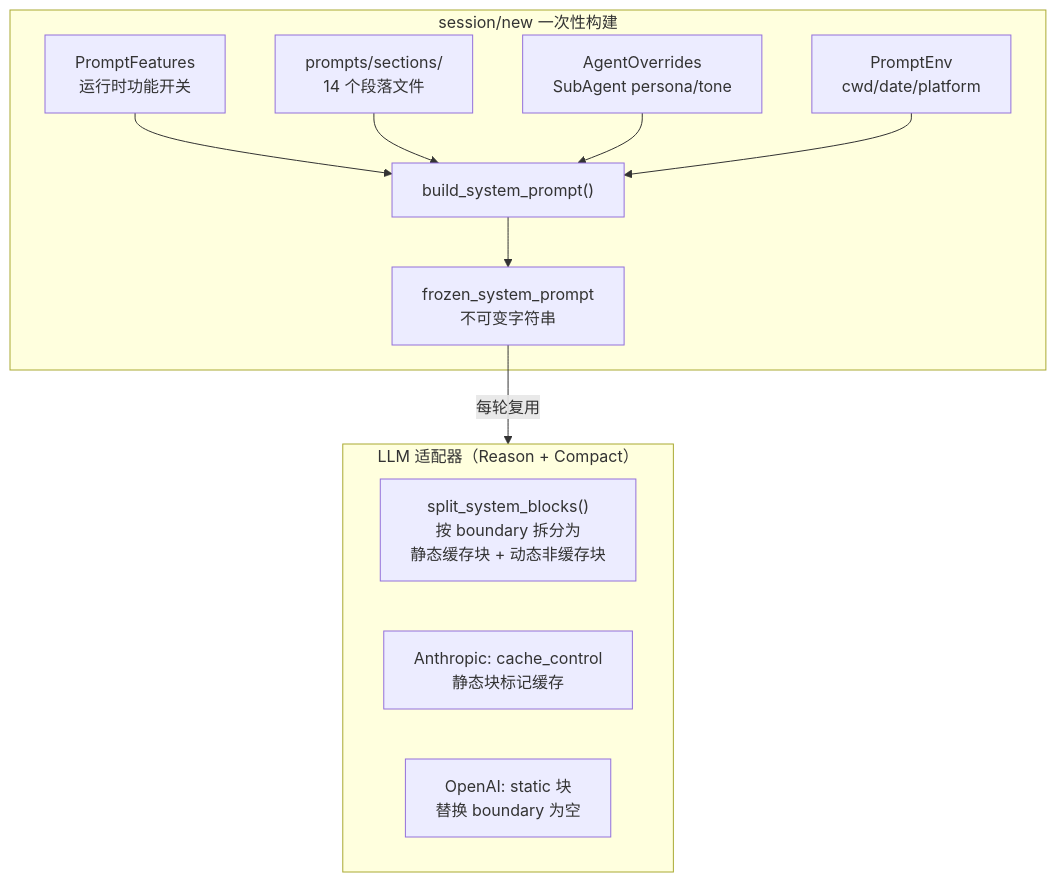
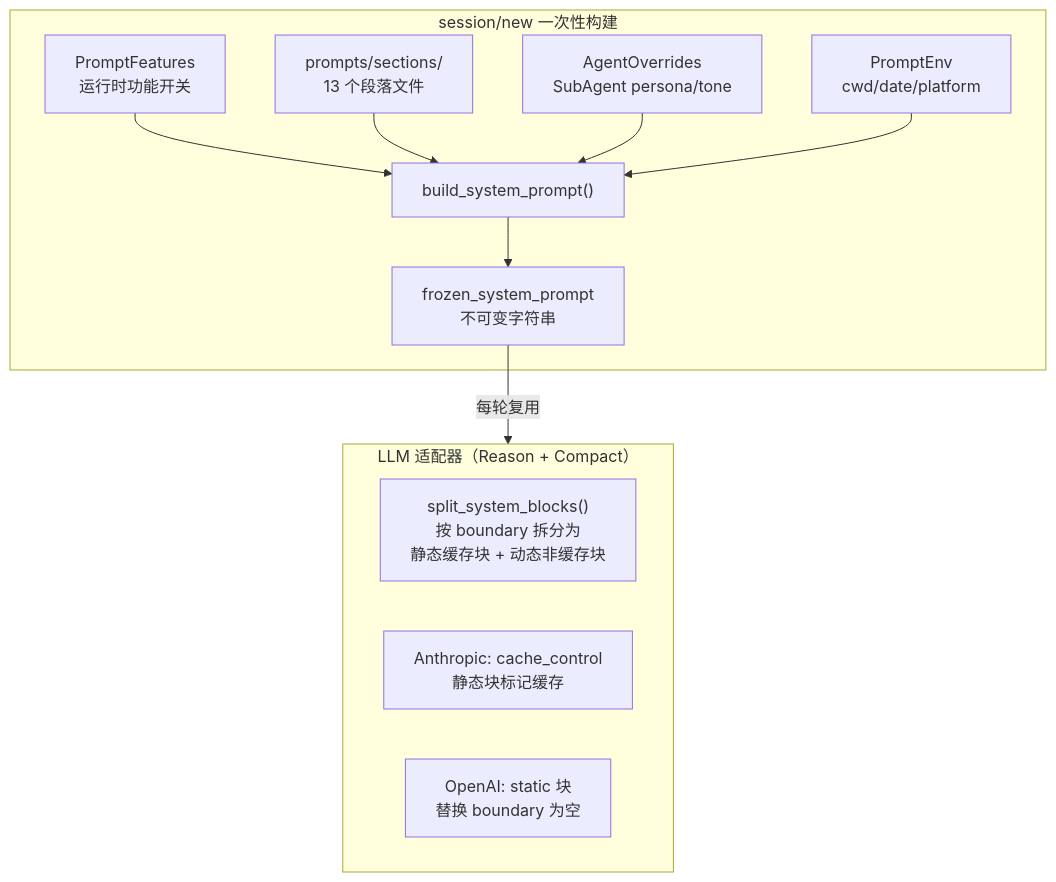
Before and after one commit to KonghaYao/peri: the diagram in docs/design/peri-agent-system-prompt-v2.md, drawn with Mermaid. The commit also changed other lines of this file and 297 other files, not shown here.

````diff
--- a/docs/design/peri-agent-system-prompt-v2.md
+++ b/docs/design/peri-agent-system-prompt-v2.md
@@ -17,23 +17,23 @@
 ```mermaid
 graph TB
     subgraph SESSION_NEW["session/new 一次性构建"]
         FEATURES["PromptFeatures<br/>运行时功能开关"]
-        SECTIONS["prompts/sections/<br/>14 个段落文件"]
+        SECTIONS["prompts/sections/<br/>13 个段落文件"]
         OVERRIDES["AgentOverrides<br/>SubAgent persona/tone"]
         ENV["PromptEnv<br/>cwd/date/platform"]
 
         FEATURES --> BUILD
         SECTIONS --> BUILD
         OVERRIDES --> BUILD
         ENV --> BUILD
         BUILD["build_system_prompt()"] --> FROZEN["frozen_system_prompt<br/>不可变字符串"]
     end
 
     FROZEN -->|"每轮复用"| LLM
 
     subgraph LLM["LLM 适配器（Reason + Compact）"]
         CONSUME["split_system_blocks()<br/>按 boundary 拆分为<br/>静态缓存块 + 动态非缓存块"]
         CACHE["Anthropic: cache_control<br/>静态块标记缓存"]
         OPENAI["OpenAI: static 块<br/>替换 boundary 为空"]
     end
 ```
````
